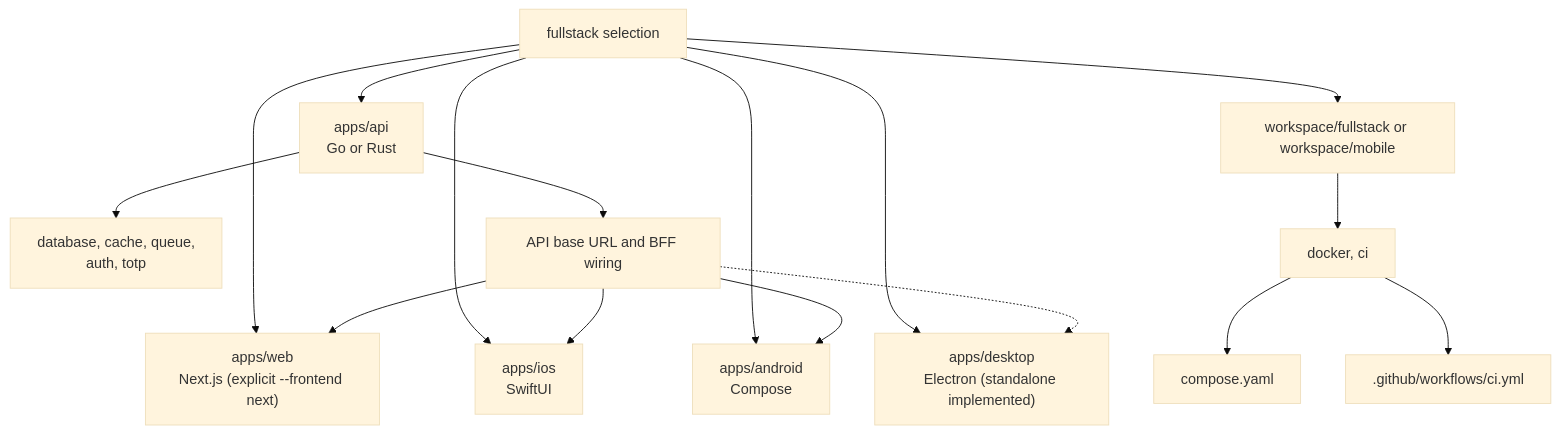
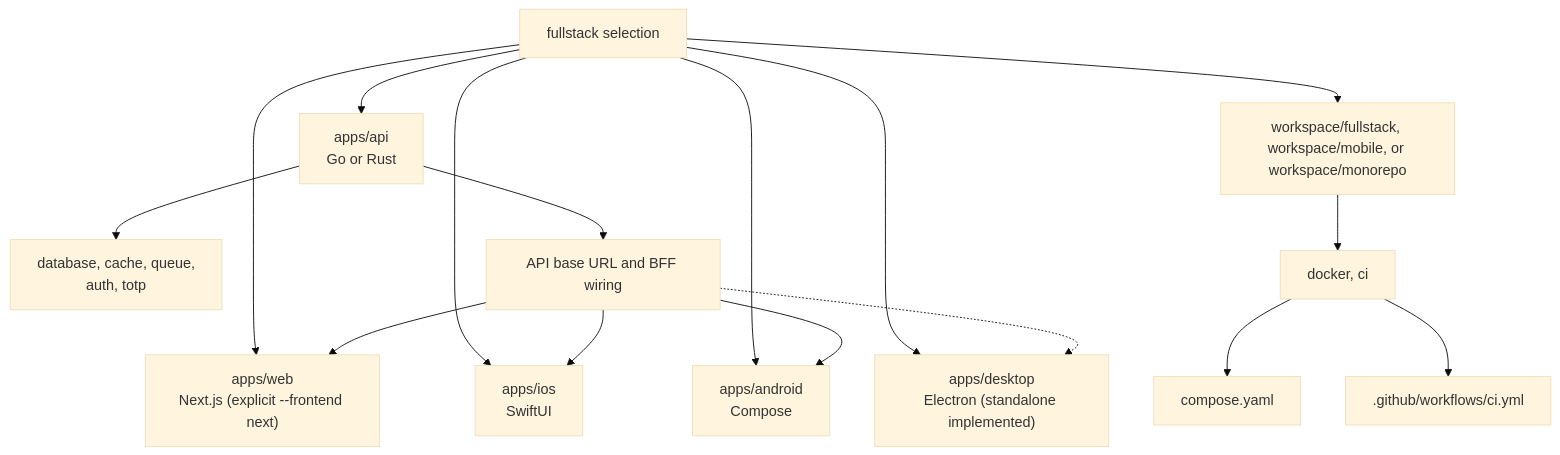
One commit to BoatengPeter/smokeforge changed the seventh of 10 diagrams in docs/architecture.md. Above: the diagram before and after it, drawn with Mermaid (base theme). The commit also changed 12 other files, not shown here.

````diff
--- a/docs/architecture.md
+++ b/docs/architecture.md
@@ -232,19 +232,19 @@
 ```mermaid
 flowchart TD
     wizard["fullstack selection"] --> api["apps/api\nGo or Rust"]
     wizard --> web["apps/web\nNext.js (explicit --frontend next)"]
     wizard --> ios["apps/ios\nSwiftUI"]
     wizard --> android["apps/android\nCompose"]
     wizard --> desktop["apps/desktop\nElectron (standalone implemented)"]
-    wizard --> root["workspace/fullstack or workspace/mobile"]
+    wizard --> root["workspace/fullstack, workspace/mobile, or workspace/monorepo"]
 
     api --> apiFeatures["database, cache, queue,\nauth, totp"]
     root --> repoFeatures["docker, ci"]
     repoFeatures --> compose["compose.yaml"]
     repoFeatures --> workflows[".github/workflows/ci.yml"]
     api --> wiring["API base URL and BFF wiring"]
     wiring --> web
     wiring --> ios
     wiring --> android
     wiring -.-> desktop
 ```
````
